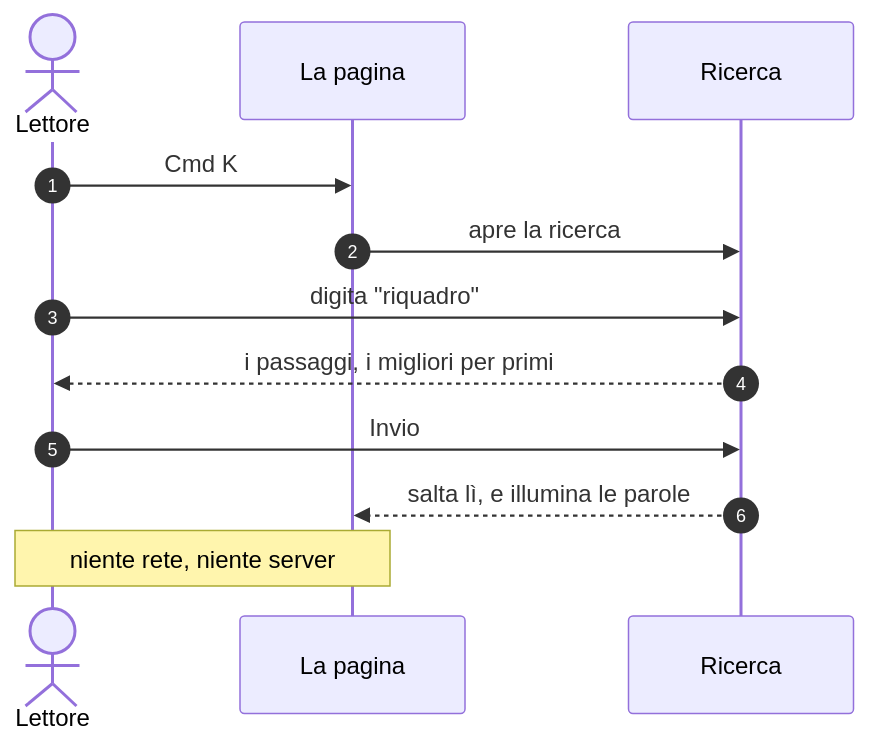
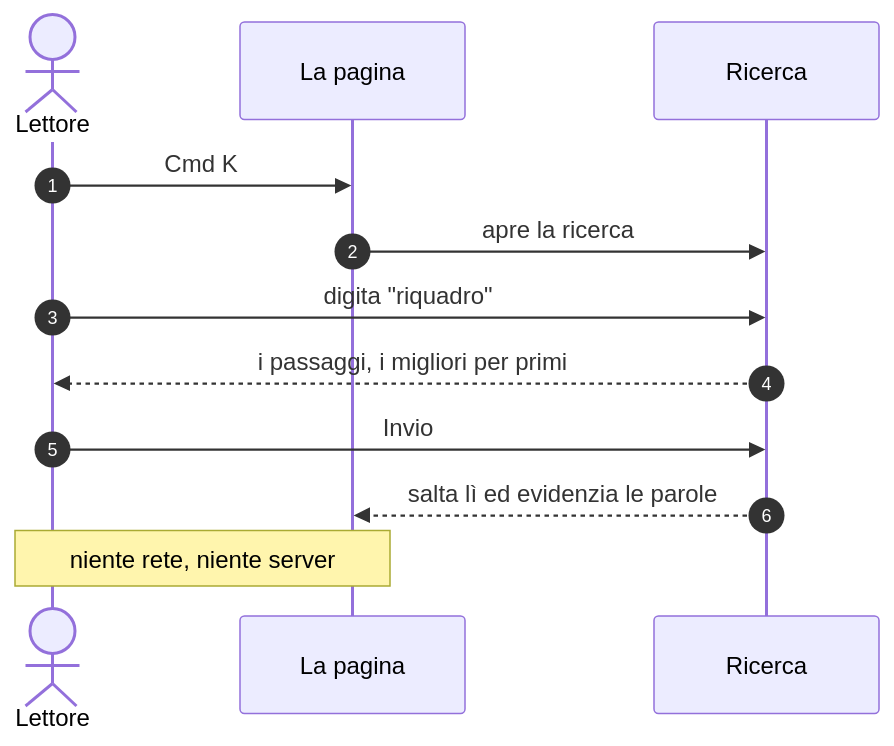
Before and after one commit to githubrobbi/md2html: the second of 3 diagrams in docs/capabilities.it.md, drawn with Mermaid. The commit also changed other lines of this file and 34 other files, not shown here.

````diff
--- a/docs/capabilities.it.md
+++ b/docs/capabilities.it.md
@@ -282,14 +282,14 @@
 ```mermaid
 sequenceDiagram
   autonumber
   actor R as Lettore
   participant P as La pagina
   participant S as Ricerca
   R->>P: Cmd K
   P->>S: apre la ricerca
   R->>S: digita "riquadro"
   S-->>R: i passaggi, i migliori per primi
   R->>S: Invio
-  S-->>P: salta lì, e illumina le parole
+  S-->>P: salta lì ed evidenzia le parole
   Note over R,P: niente rete, niente server
 ```
````
